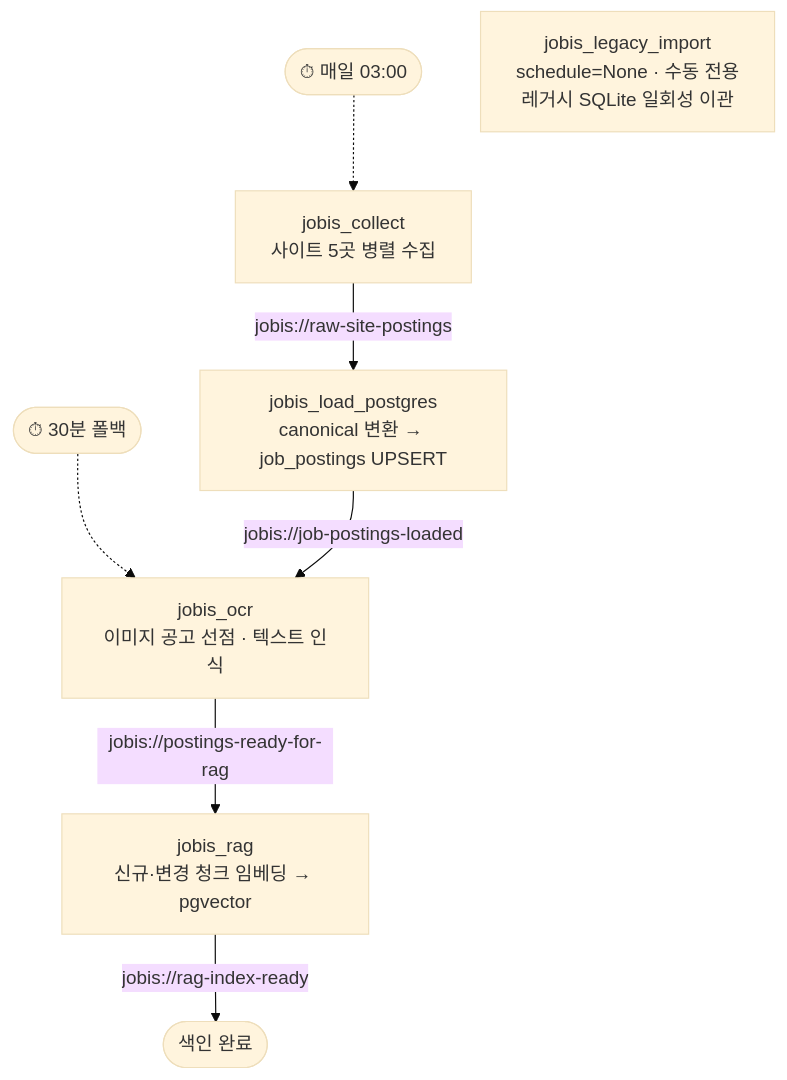
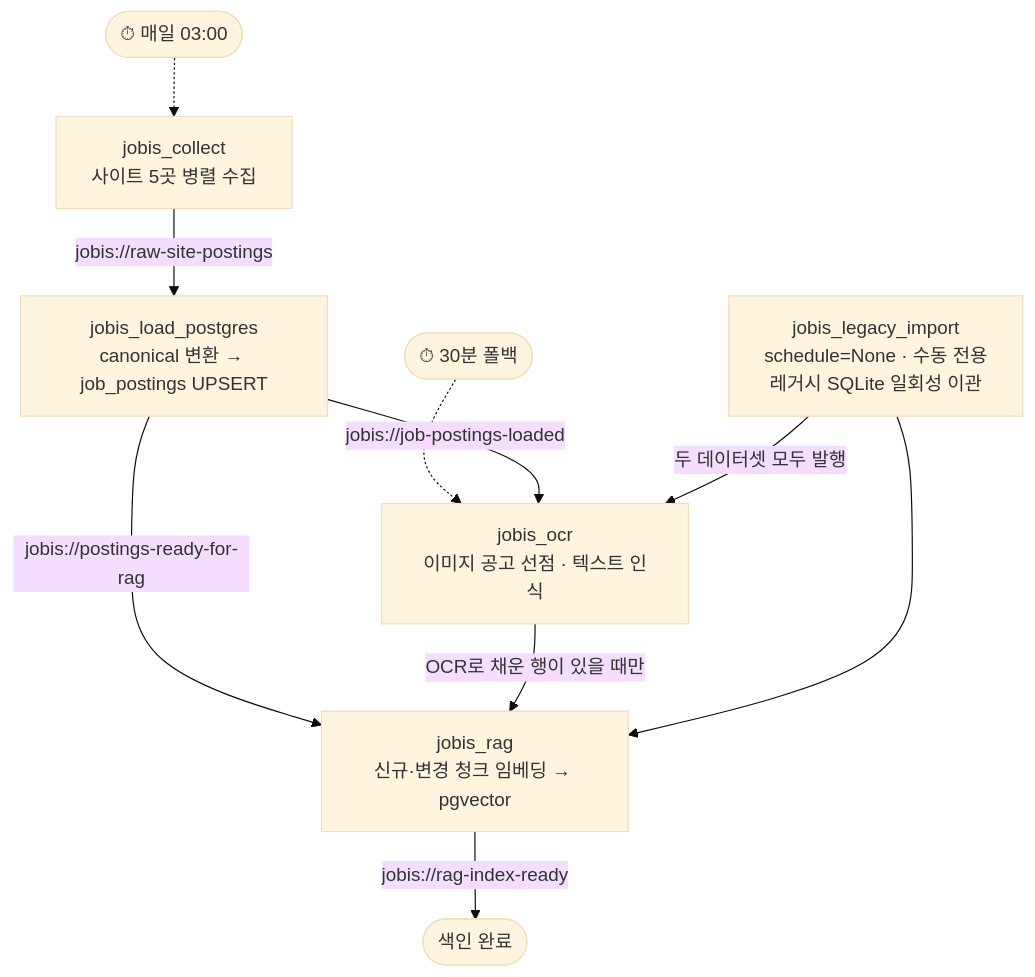
Before and after one commit to kdHyeok/Jobis-PJT: the diagram in README.md, drawn with Mermaid (base theme). The commit also changed other lines of this file, not shown here.

````diff
--- a/README.md
+++ b/README.md
@@ -221,17 +211,19 @@
 ```mermaid
 flowchart TD
     CRON(["⏱ 매일 03:00"]) -.-> COLLECT
     COLLECT["jobis_collect<br/>사이트 5곳 병렬 수집"]
     LOAD["jobis_load_postgres<br/>canonical 변환 → job_postings UPSERT"]
     OCR["jobis_ocr<br/>이미지 공고 선점 · 텍스트 인식"]
     RAG["jobis_rag<br/>신규·변경 청크 임베딩 → pgvector"]
     READY(["색인 완료"])
     FALLBACK(["⏱ 30분 폴백"]) -.-> OCR
+    MANUAL["jobis_legacy_import<br/>schedule=None · 수동 전용<br/>레거시 SQLite 일회성 이관"]
 
     COLLECT -- "jobis://raw-site-postings" --> LOAD
     LOAD -- "jobis://job-postings-loaded" --> OCR
-    OCR -- "jobis://postings-ready-for-rag" --> RAG
+    LOAD -- "jobis://postings-ready-for-rag" --> RAG
+    OCR -- "OCR로 채운 행이 있을 때만" --> RAG
     RAG -- "jobis://rag-index-ready" --> READY
-
-    MANUAL["jobis_legacy_import<br/>schedule=None · 수동 전용<br/>레거시 SQLite 일회성 이관"]
+    MANUAL -- "두 데이터셋 모두 발행" --> OCR
+    MANUAL --> RAG
 ```
````
